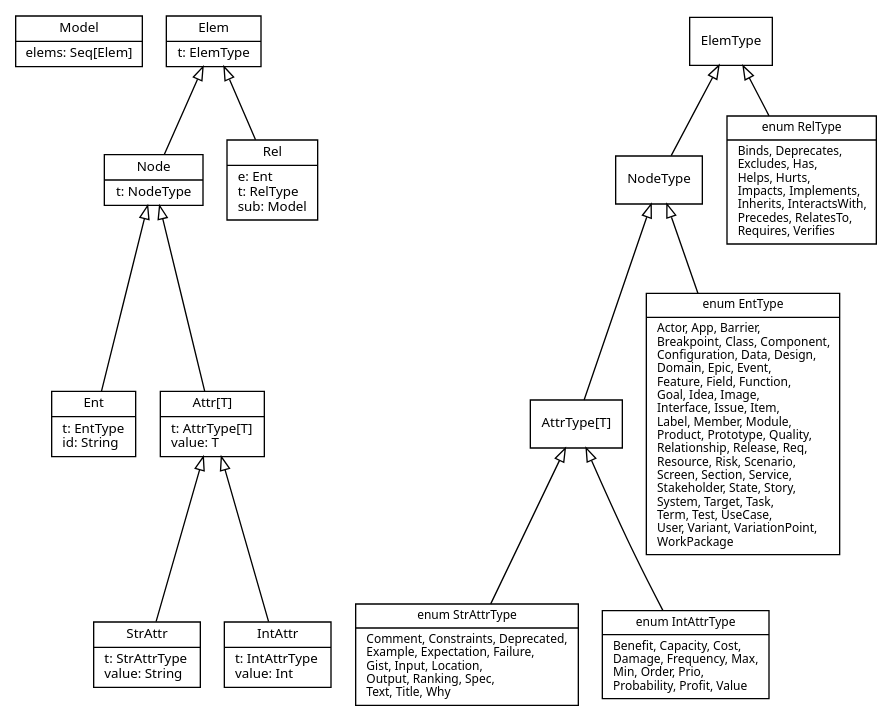
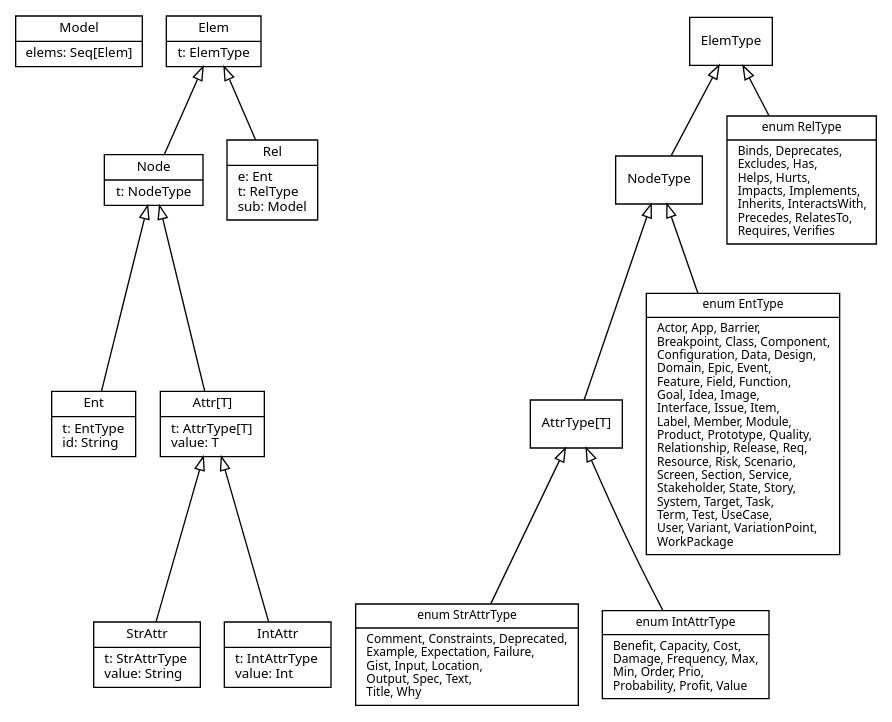
One commit to reqT/reqT-lang changed the diagram in docs/metamodel-All-GENERATED.dot. Above: the diagram before and after it, drawn with Graphviz. The commit also changed 8 other files, not shown here.

Commit message:
simplify ranking, remove Attr Ranking, rename some ops

```diff
--- a/docs/metamodel-All-GENERATED.dot
+++ b/docs/metamodel-All-GENERATED.dot
@@ -1,52 +1,52 @@
 digraph Metamodel {
   fontname = "Sans"
   fontsize = 10
   rankdir =  "BT"
   ordering = "out"
   nojustify = true
 
   node [
     fontname = "Sans"
     fontsize = 10
     shape = "record"
   ]
 
   edge [
     arrowhead = "empty"
   ]
 
     { rank = same; Model; Elem; ElemType; }
     { rank = same; Node_; Rel; }
     { rank = same; Ent; Attr; AttrType; }
 
 
     Model [ label = "{Model|elems: Seq[Elem]}" fontsize = 10]
     Elem [ label = "{Elem|t: ElemType}" fontsize = 10]
     Node_ [ label = "{Node|t: NodeType}" fontsize = 10]
     Rel [ label = "{Rel|e: Ent\lt: RelType\lsub: Model\l}" fontsize = 10]
     Ent [ label = "{Ent|t: EntType\lid: String\l}" fontsize = 10]
     Attr [ label = "{Attr[T]|t: AttrType[T]\lvalue: T\l}" fontsize = 10]
     StrAttr [ label = "{StrAttr|t: StrAttrType\lvalue: String\l}" fontsize = 10]
     IntAttr [ label = "{IntAttr|t: IntAttrType\lvalue: Int\l}" fontsize = 10]
     NodeType [ label = "{NodeType}" fontsize = 10]
     AttrType [ label = "{AttrType[T]}" fontsize = 10]
     RelType [ label = "{enum RelType|Binds, Deprecates,\lExcludes, Has,\lHelps, Hurts,\lImpacts, Implements,\lInherits, InteractsWith,\lPrecedes, RelatesTo,\lRequires, Verifies\l}" fontsize = 9]
     EntType [ label = "{enum EntType|Actor, App, Barrier,\lBreakpoint, Class, Component,\lConfiguration, Data, Design,\lDomain, Epic, Event,\lFeature, Field, Function,\lGoal, Idea, Image,\lInterface, Issue, Item,\lLabel, Member, Module,\lProduct, Prototype, Quality,\lRelationship, Release, Req,\lResource, Risk, Scenario,\lScreen, Section, Service,\lStakeholder, State, Story,\lSystem, Target, Task,\lTerm, Test, UseCase,\lUser, Variant, VariationPoint,\lWorkPackage\l}" fontsize = 9]
-    StrAttrType [ label = "{enum StrAttrType|Comment, Constraints, Deprecated,\lExample, Expectation, Failure,\lGist, Input, Location,\lOutput, Ranking, Spec,\lText, Title, Why\l}" fontsize = 9]
+    StrAttrType [ label = "{enum StrAttrType|Comment, Constraints, Deprecated,\lExample, Expectation, Failure,\lGist, Input, Location,\lOutput, Spec, Text,\lTitle, Why\l}" fontsize = 9]
     IntAttrType [ label = "{enum IntAttrType|Benefit, Capacity, Cost,\lDamage, Frequency, Max,\lMin, Order, Prio,\lProbability, Profit, Value\l}" fontsize = 9]
 
 
     Node_ -> Elem
     Rel -> Elem
     Ent -> Node_
     Attr -> Node_
     StrAttr -> Attr
     IntAttr -> Attr
     NodeType -> ElemType
     RelType -> ElemType
     EntType -> NodeType
     AttrType -> NodeType
     StrAttrType -> AttrType
     IntAttrType -> AttrType
 
 }
```
